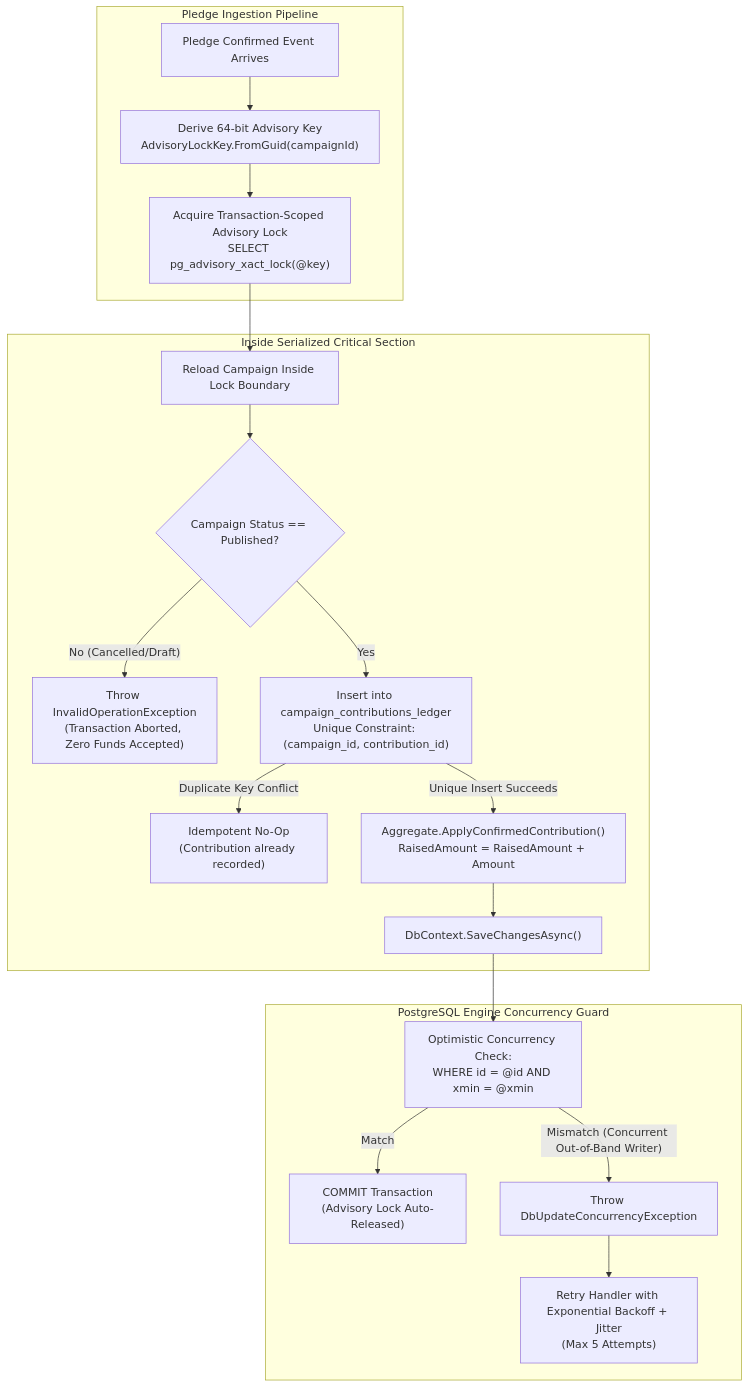
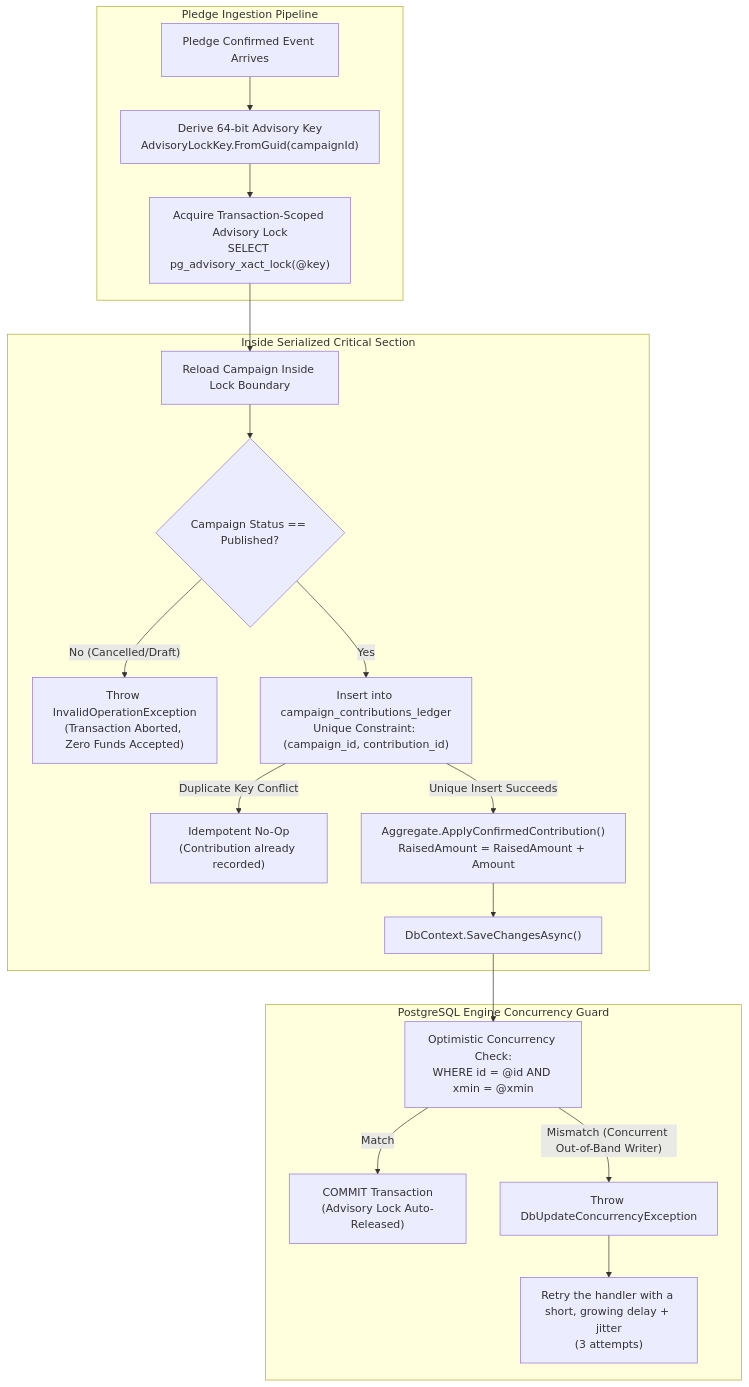
One commit to maysamgamini/crowdfundinghub changed the seventh of 12 diagrams in docs/ARCHITECTURE_AND_LIBRARIES.md. Above: the diagram before and after it, drawn with Mermaid. The commit also changed other lines of this file and 31 other files, not shown here.

````diff
--- a/docs/ARCHITECTURE_AND_LIBRARIES.md
+++ b/docs/ARCHITECTURE_AND_LIBRARIES.md
@@ -346,26 +346,26 @@
 ```mermaid
 graph TD
     subgraph RequestPipeline["Pledge Ingestion Pipeline"]
         Req["Pledge Confirmed Event Arrives"] --> LockKey["Derive 64-bit Advisory Key<br/>AdvisoryLockKey.FromGuid(campaignId)"]
         LockKey --> AdvisoryLock["Acquire Transaction-Scoped Advisory Lock<br/>SELECT pg_advisory_xact_lock(@key)"]
     end
 
     subgraph CriticalSection["Inside Serialized Critical Section"]
         AdvisoryLock --> Reload["Reload Campaign Inside Lock Boundary"]
         Reload --> CheckStatus{"Campaign Status == Published?"}
         CheckStatus -->|"No (Cancelled/Draft)"| Abort["Throw InvalidOperationException<br/>(Transaction Aborted, Zero Funds Accepted)"]
         CheckStatus -->|Yes| LedgerGuard["Insert into campaign_contributions_ledger<br/>Unique Constraint: (campaign_id, contribution_id)"]
         
         LedgerGuard -->|Duplicate Key Conflict| NoOp["Idempotent No-Op<br/>(Contribution already recorded)"]
         LedgerGuard -->|Unique Insert Succeeds| ApplyFunds["Aggregate.ApplyConfirmedContribution()<br/>RaisedAmount = RaisedAmount + Amount"]
         
         ApplyFunds --> EFSave["DbContext.SaveChangesAsync()"]
     end
 
     subgraph DBEngine["PostgreSQL Engine Concurrency Guard"]
         EFSave --> XminCheck["Optimistic Concurrency Check:<br/>WHERE id = @id AND xmin = @xmin"]
         XminCheck -->|Match| CommitTx["COMMIT Transaction<br/>(Advisory Lock Auto-Released)"]
         XminCheck -->|"Mismatch (Concurrent Out-of-Band Writer)"| ThrowConcurrency["Throw DbUpdateConcurrencyException"]
-        ThrowConcurrency --> RetryLoop["Retry Handler with Exponential Backoff + Jitter<br/>(Max 5 Attempts)"]
+        ThrowConcurrency --> RetryLoop["Retry the handler with a short, growing delay + jitter<br/>(3 attempts)"]
     end
 ```
````
